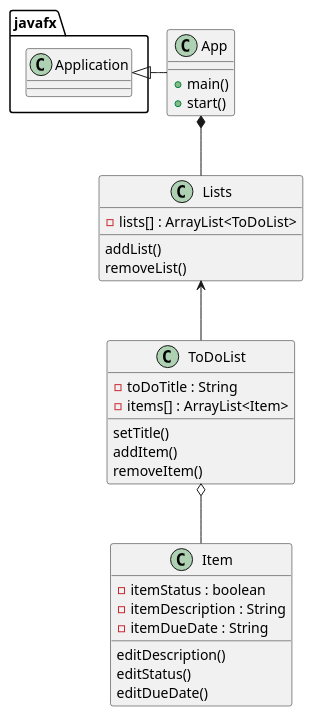
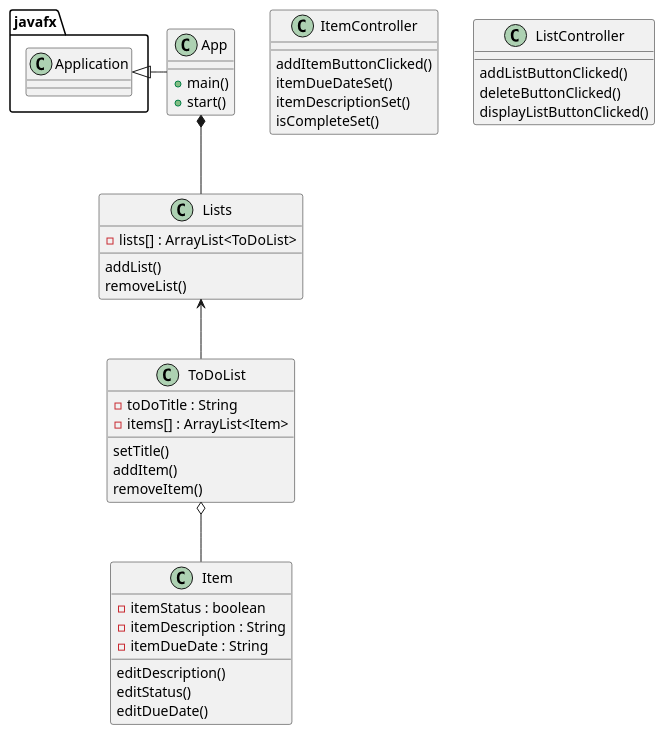
The diagram in PUML/Assignment4.puml (nick-vigg/Viggiani-cop330-Assignment4), drawn with PlantUML before and after one commit. The commit also changed 6 other files, not shown here.

```diff
--- a/PUML/Assignment4.puml
+++ b/PUML/Assignment4.puml
@@ -1,42 +1,52 @@
 @startuml
 'https://plantuml.com/class-diagram
 
 
 
 class App {
 + main()
 + start()
 }
 
 class Lists{
 -lists[] : ArrayList<ToDoList>
 addList()
 removeList()
 }
 
 class ToDoList {
 - toDoTitle : String
 - items[] : ArrayList<Item>
 setTitle()
 addItem()
 removeItem()
 }
 
 class Item {
 - itemStatus : boolean
 - itemDescription : String
 - itemDueDate : String
 
 editDescription()
 editStatus()
 editDueDate()
 }
 
-
+class ItemController{
+addItemButtonClicked()
+itemDueDateSet()
+itemDescriptionSet()
+isCompleteSet()
+}
+class ListController{
+addListButtonClicked()
+deleteButtonClicked()
+displayListButtonClicked()
+}
 
 javafx.Application <|- App
 App *-- Lists
 Lists <-- ToDoList
 ToDoList o-- Item
 
 @enduml
```
